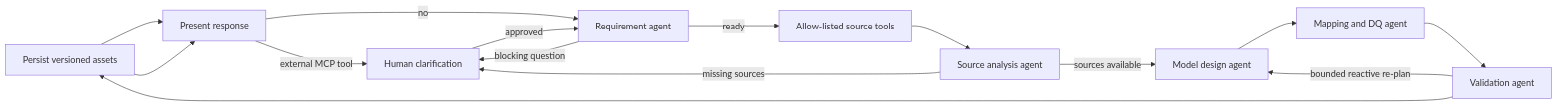
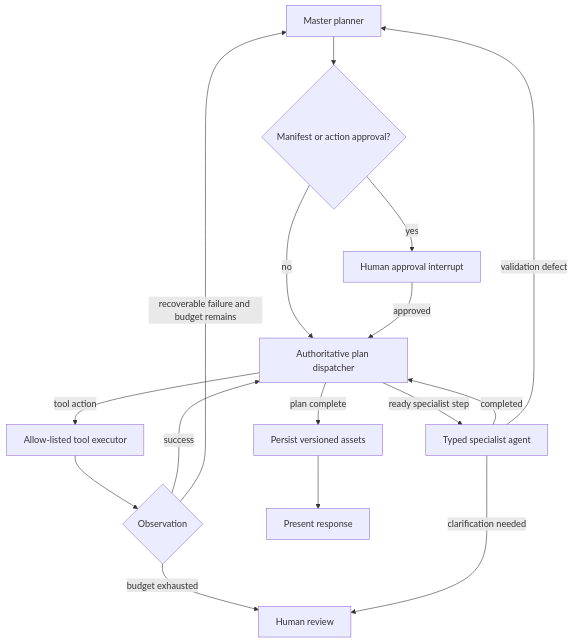
The diagram in README.md (venkatesh27das/ai_for_data_platform), drawn with Mermaid before and after one commit. The commit also changed other lines of this file and 10 other files, not shown here.

````diff
--- a/README.md
+++ b/README.md
@@ -85,17 +85,18 @@
 ```mermaid
-flowchart LR
-  P[Master planner] --> A{Approval needed?}
-  A -->|external MCP tool| H[Human approval interrupt]
-  A -->|no| R[Requirement agent]
-  H -->|approved| R
-  R -->|ready| T[Allow-listed source tools]
-  T --> S[Source analysis agent]
-  R -->|blocking question| H[Human clarification]
-  S -->|sources available| M[Model design agent]
-  S -->|missing sources| H
-  M --> Q[Mapping and DQ agent]
-  Q --> V[Validation agent]
-  V -->|bounded reactive re-plan| M
-  V --> P[Persist versioned assets]
-  P --> A[Present response]
+flowchart TD
+  P[Master planner] --> A{Manifest or action approval?}
+  A -->|yes| H[Human approval interrupt]
+  A -->|no| D[Authoritative plan dispatcher]
+  H -->|approved| D
+  D -->|tool action| T[Allow-listed tool executor]
+  T --> O{Observation}
+  O -->|success| D
+  O -->|recoverable failure and budget remains| P
+  O -->|budget exhausted| R[Human review]
+  D -->|ready specialist step| S[Typed specialist agent]
+  S -->|completed| D
+  S -->|clarification needed| R
+  S -->|validation defect| P
+  D -->|plan complete| V[Persist versioned assets]
+  V --> X[Present response]
 ```
````
